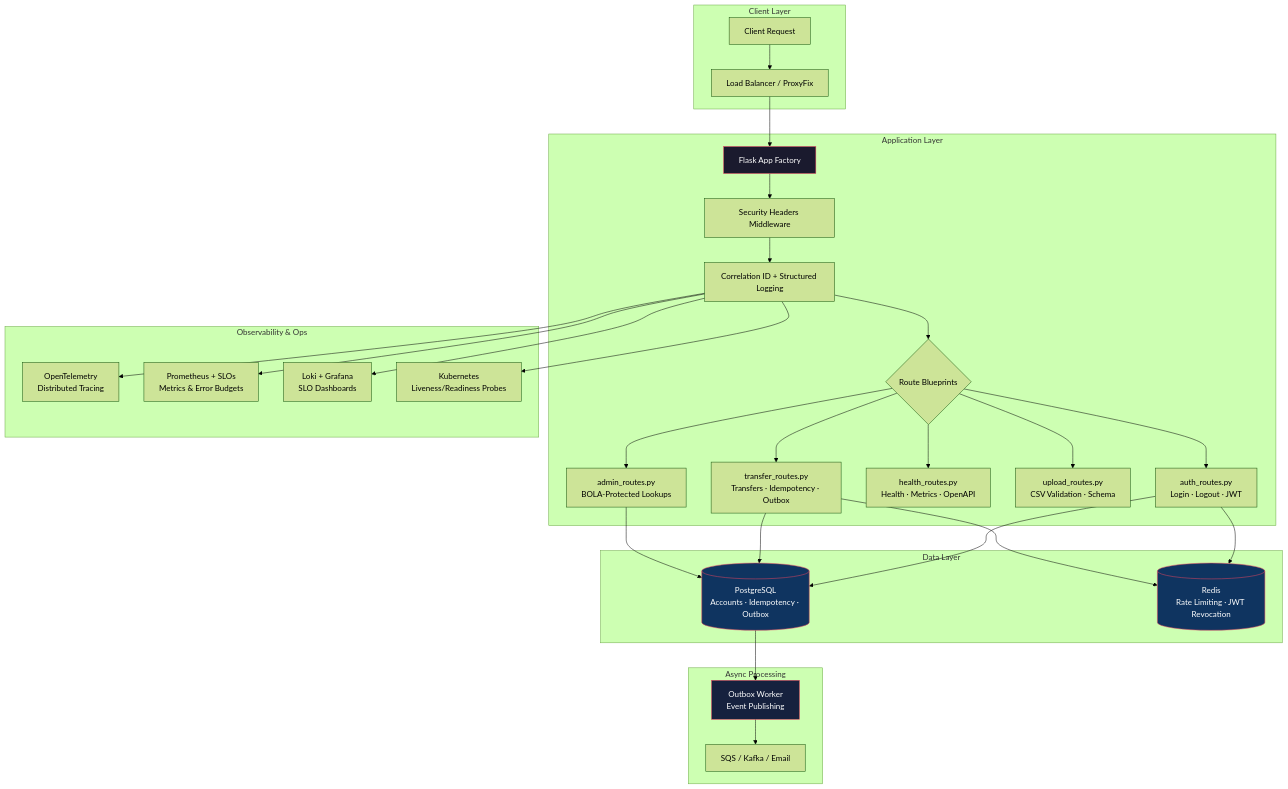
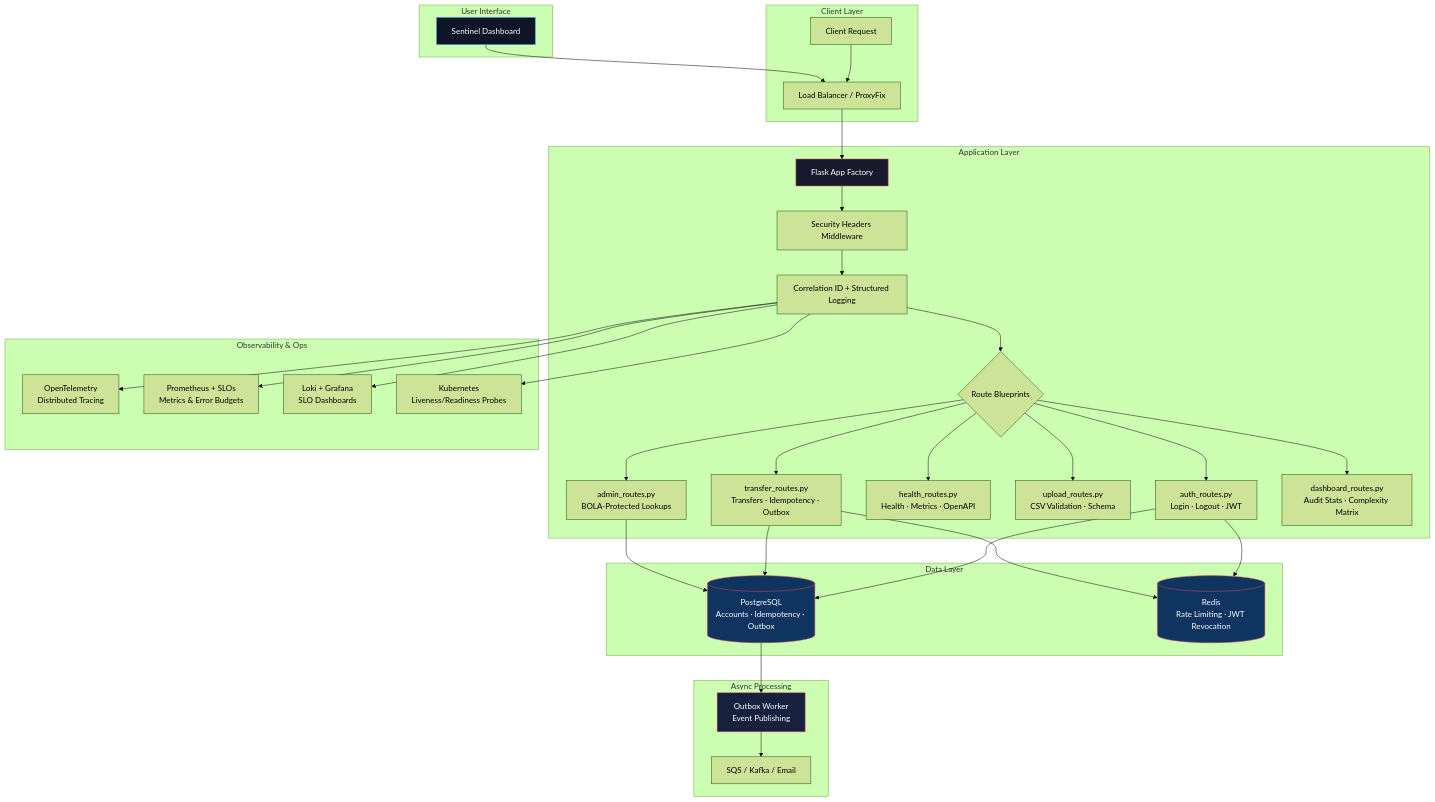
The diagram in README.md (GauravSahu2/high-assurance-api), drawn with Mermaid (forest theme) before and after one commit. The commit also changed other lines of this file and 132 other files, not shown here.

````diff
--- a/README.md
+++ b/README.md
@@ -13,44 +26,50 @@
 ```mermaid
 graph TB
     subgraph Client Layer
         A[Client Request] --> B[Load Balancer / ProxyFix]
+    end
+
+    subgraph User Interface
+        Z[Sentinel Dashboard] --> B
     end
 
     subgraph Application Layer
         B --> C[Flask App Factory]
         C --> D[Security Headers Middleware]
         D --> E[Correlation ID + Structured Logging]
         E --> F{Route Blueprints}
 
         F --> G[auth_routes.py<br>Login · Logout · JWT]
         F --> H[transfer_routes.py<br>Transfers · Idempotency · Outbox]
         F --> I[health_routes.py<br>Health · Metrics · OpenAPI]
         F --> J[upload_routes.py<br>CSV Validation · Schema]
         F --> K[admin_routes.py<br>BOLA-Protected Lookups]
+        F --> DA[dashboard_routes.py<br>Audit Stats · Complexity Matrix]
     end
 
     subgraph Data Layer
         G --> L[(PostgreSQL<br>Accounts · Idempotency · Outbox)]
         H --> L
         K --> L
         G --> M[(Redis<br>Rate Limiting · JWT Revocation)]
         H --> M
     end
 
     subgraph Async Processing
         L --> N[Outbox Worker<br>Event Publishing]
         N --> O[SQS / Kafka / Email]
     end
 
     subgraph Observability & Ops
         E --> P[OpenTelemetry<br>Distributed Tracing]
         E --> Q[Prometheus + SLOs<br>Metrics & Error Budgets]
         E --> R[Loki + Grafana<br>SLO Dashboards]
         E --> S[Kubernetes<br>Liveness/Readiness Probes]
     end
 
     style C fill:#1a1a2e,stroke:#e94560,color:#fff
     style L fill:#0f3460,stroke:#e94560,color:#fff
     style M fill:#0f3460,stroke:#e94560,color:#fff
     style N fill:#16213e,stroke:#e94560,color:#fff
+    style Z fill:#0d1527,stroke:#3b82f6,color:#fff
 ```
````
